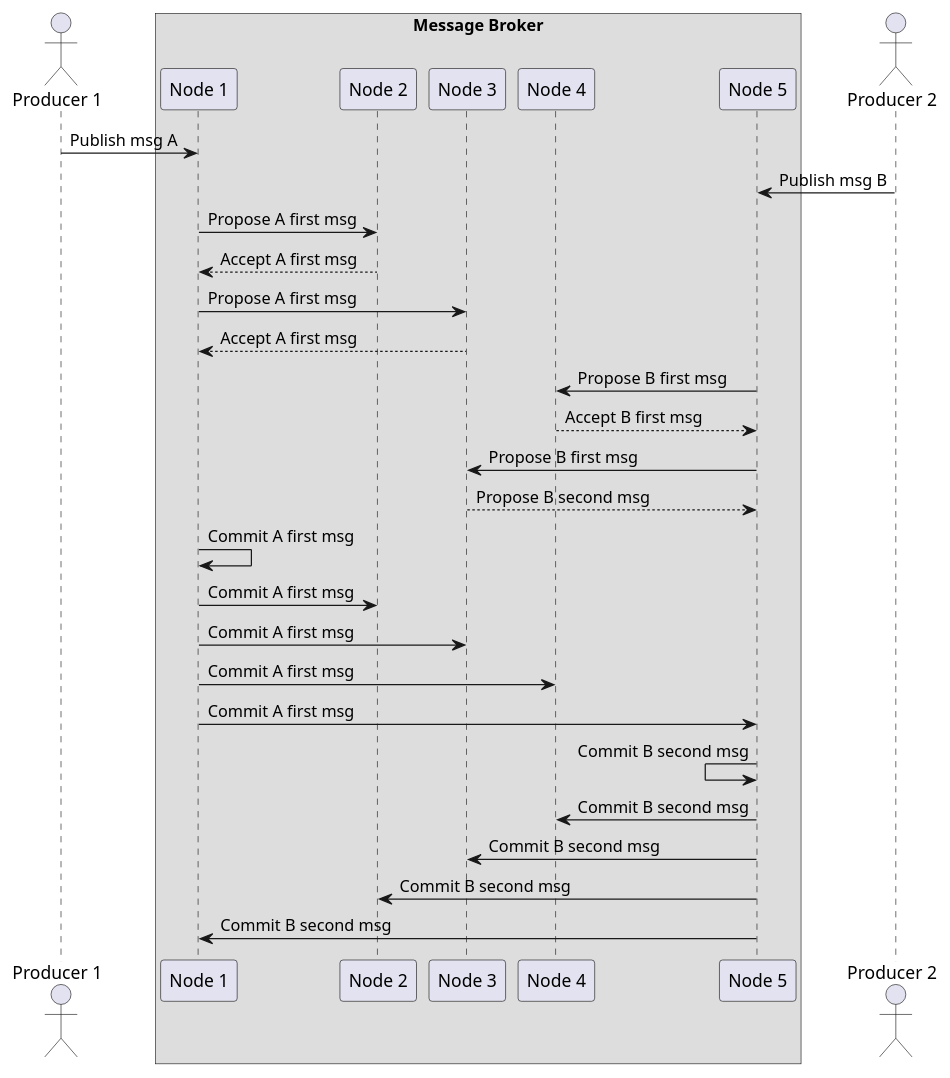
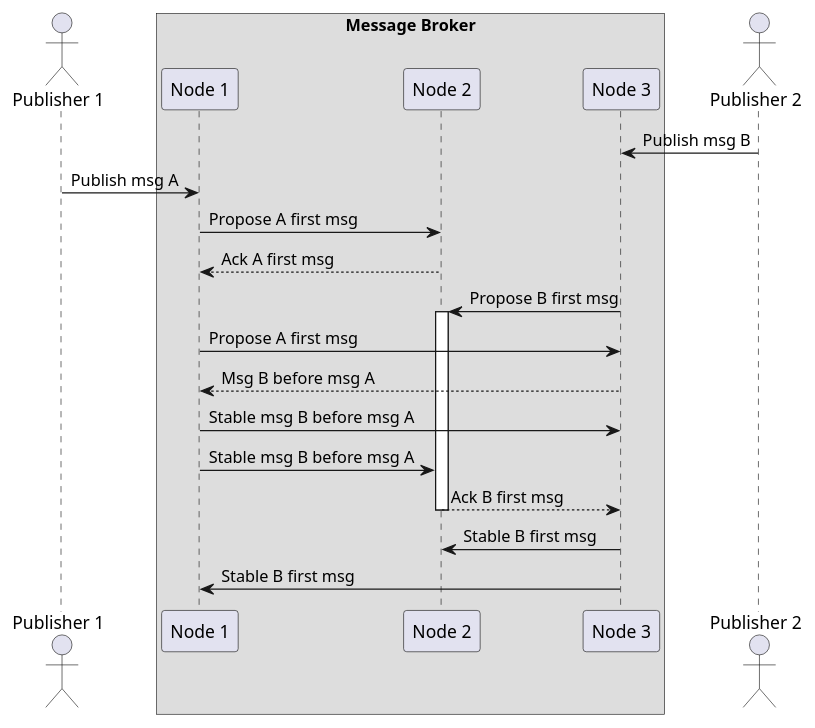
One commit to Marcel-MD/geo-distributed-message-broker changed the diagram in diagrams/seq_conflict.puml. Above: the diagram before and after it, drawn with PlantUML. The commit also changed 11 other files, not shown here.

```diff
--- a/diagrams/seq_conflict.puml
+++ b/diagrams/seq_conflict.puml
@@ -1,38 +1,33 @@
 @startuml
 
-actor "Producer 1" as P1
+actor "Publisher 1" as P1
 box "Message Broker"
 participant "Node 1" as N1
 participant "Node 2" as N2
 participant "Node 3" as N3
-participant "Node 4" as N4
-participant "Node 5" as N5
 end box
-actor "Producer 2" as P2
+actor "Publisher 2" as P2
 
+N3 <- P2 : Publish msg B
 P1 -> N1 : Publish msg A
-N5 <- P2 : Publish msg B
 
 N1 -> N2 : Propose A first msg
-N1 <-- N2 : Accept A first msg
+N1 <-- N2 : Ack A first msg
+
+N3 -> N2 : Propose B first msg
+activate N2
+
 N1 -> N3 : Propose A first msg
-N1 <-- N3 : Accept A first msg
+N1 <-- N3 : Msg B before msg A
 
-N5 -> N4 : Propose B first msg
-N5 <-- N4 : Accept B first msg
-N5 -> N3 : Propose B first msg
-N5 <-- N3 : Propose B second msg
+N1 -> N3 : Stable msg B before msg A
 
-N1 -> N1 : Commit A first msg
-N1 -> N2 : Commit A first msg
-N1 -> N3 : Commit A first msg
-N1 -> N4 : Commit A first msg
-N1 -> N5 : Commit A first msg
+N1 -> N2 : Stable msg B before msg A
+N2 --> N3 : Ack B first msg
+deactivate N2
 
-N5 <- N5 : Commit B second msg
-N4 <- N5 : Commit B second msg
-N3 <- N5 : Commit B second msg
-N2 <- N5 : Commit B second msg
-N1 <- N5 : Commit B second msg
+N3 -> N2 : Stable B first msg
+
+N3 -> N1 : Stable B first msg
 
 @enduml
```
